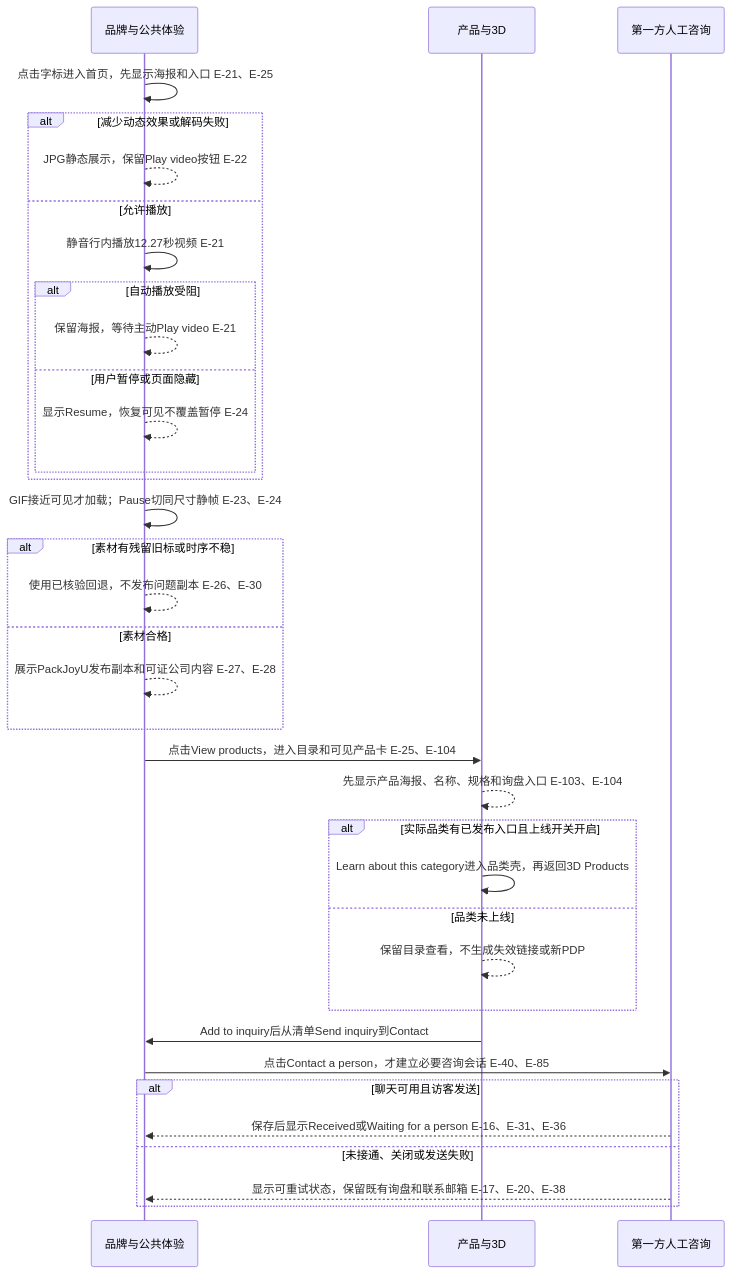
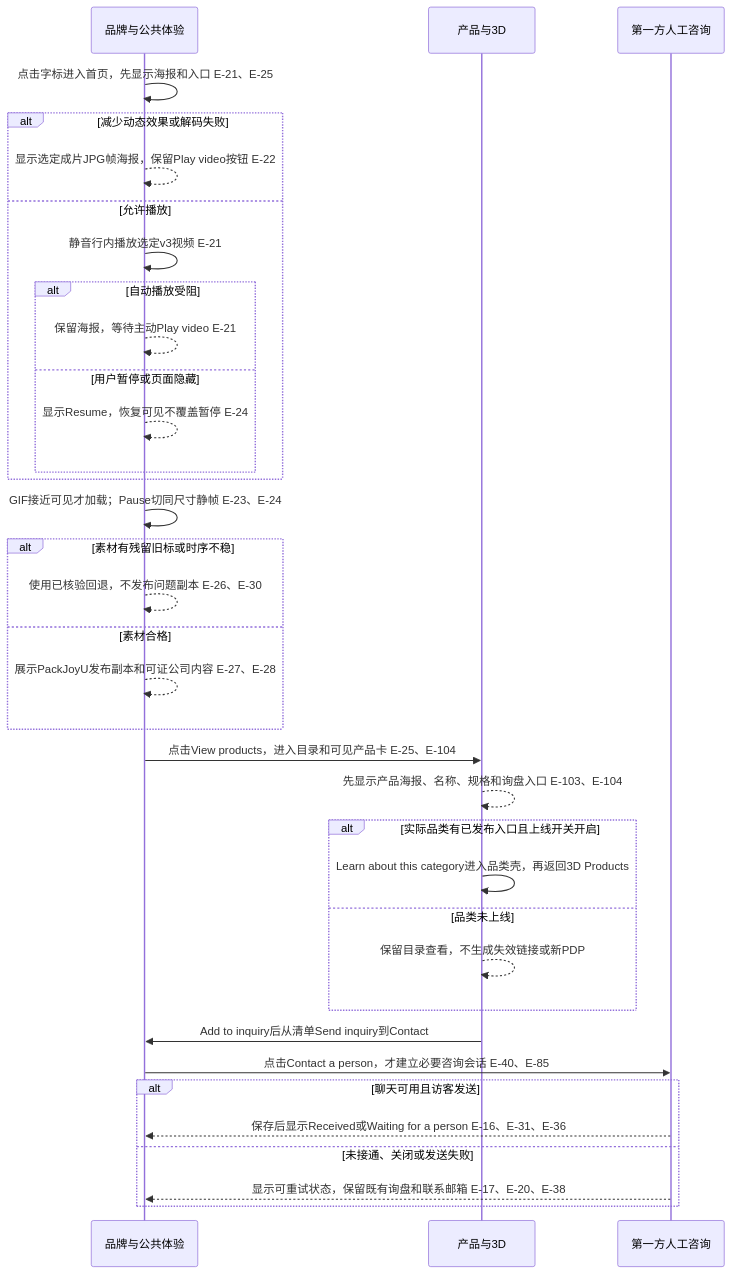
One commit to dawanglaohu/NBshiyan changed the first of 7 diagrams in docs/PackJoyU-开发文档/02-设计/12-UX.md. Above: the diagram before and after it, drawn with Mermaid. The commit also changed other lines of this file and 45 other files, not shown here.

````diff
--- a/docs/PackJoyU-开发文档/02-设计/12-UX.md
+++ b/docs/PackJoyU-开发文档/02-设计/12-UX.md
@@ -17,37 +17,37 @@
 ```mermaid
 sequenceDiagram
     participant M1 as 品牌与公共体验
     participant M2 as 产品与3D
     participant M4 as 第一方人工咨询
     M1->>M1: 点击字标进入首页，先显示海报和入口 E-21、E-25
     alt 减少动态效果或解码失败
-        M1-->>M1: JPG静态展示，保留Play video按钮 E-22
+        M1-->>M1: 显示选定成片JPG帧海报，保留Play video按钮 E-22
     else 允许播放
-        M1->>M1: 静音行内播放12.27秒视频 E-21
+        M1->>M1: 静音行内播放选定v3视频 E-21
         alt 自动播放受阻
             M1-->>M1: 保留海报，等待主动Play video E-21
         else 用户暂停或页面隐藏
             M1-->>M1: 显示Resume，恢复可见不覆盖暂停 E-24
         end
     end
     M1->>M1: GIF接近可见才加载；Pause切同尺寸静帧 E-23、E-24
     alt 素材有残留旧标或时序不稳
         M1-->>M1: 使用已核验回退，不发布问题副本 E-26、E-30
     else 素材合格
         M1-->>M1: 展示PackJoyU发布副本和可证公司内容 E-27、E-28
     end
     M1->>M2: 点击View products，进入目录和可见产品卡 E-25、E-104
     M2-->>M2: 先显示产品海报、名称、规格和询盘入口 E-103、E-104
     alt 实际品类有已发布入口且上线开关开启
         M2->>M2: Learn about this category进入品类壳，再返回3D Products
     else 品类未上线
         M2-->>M2: 保留目录查看，不生成失效链接或新PDP
     end
     M2->>M1: Add to inquiry后从清单Send inquiry到Contact
     M1->>M4: 点击Contact a person，才建立必要咨询会话 E-40、E-85
     alt 聊天可用且访客发送
         M4-->>M1: 保存后显示Received或Waiting for a person E-16、E-31、E-36
     else 未接通、关闭或发送失败
         M4-->>M1: 显示可重试状态，保留既有询盘和联系邮箱 E-17、E-20、E-38
     end
 ```
````
